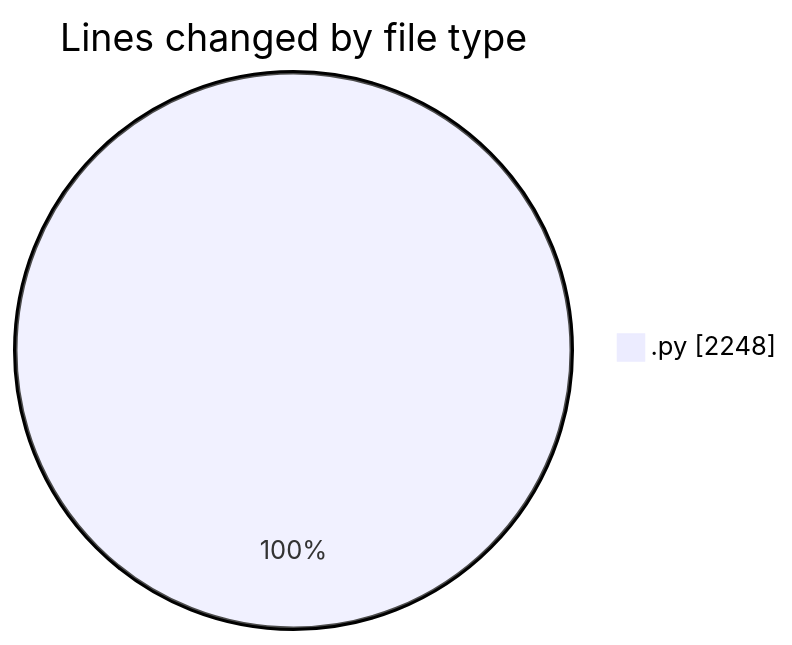
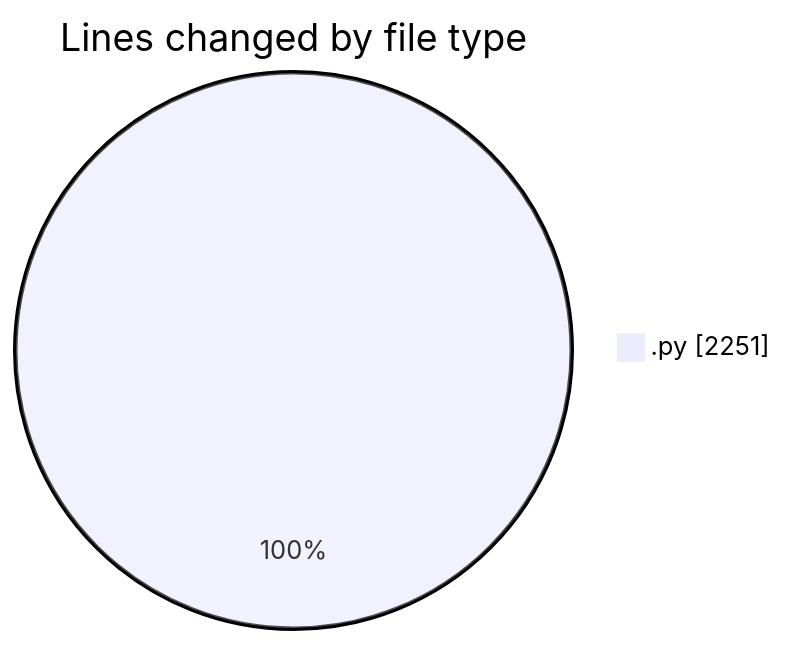
One commit to julien-gomy/code-tracking changed the first of 2 diagrams in 2025-11-21/eventscop-api-guide__workspace_/README.md. Above: the diagram before and after it, drawn with Mermaid. The commit also changed other lines of this file and 1 other file, not shown here.

````diff
--- a/2025-11-21/eventscop-api-guide__workspace_/README.md
+++ b/2025-11-21/eventscop-api-guide__workspace_/README.md
@@ -28,5 +28,5 @@
 ```mermaid
 pie showData
 title Lines changed by file type
-".py" : 2248
+".py" : 2251
 ```
````
